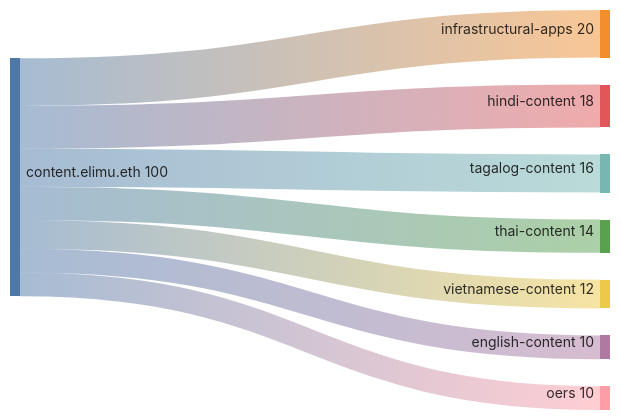
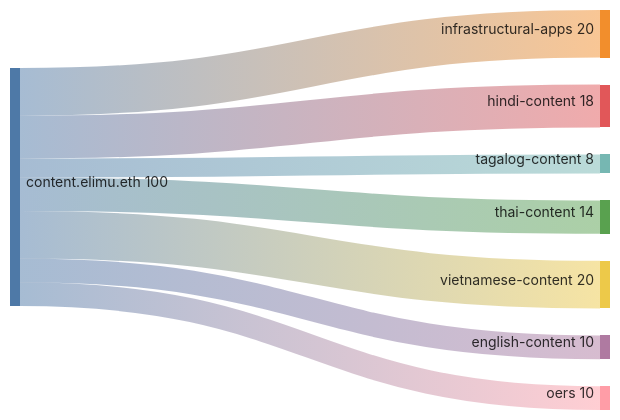
The first of 3 diagrams in DRIP_LIST_FUNDING_SPLITS.md (elimu-ai/web3-wiki), drawn with Mermaid before and after one commit.

Commit message:
Update DRIP_LIST_FUNDING_SPLITS.md
#66

````diff
--- a/DRIP_LIST_FUNDING_SPLITS.md
+++ b/DRIP_LIST_FUNDING_SPLITS.md
@@ -22,12 +22,12 @@
 ```mermaid
 sankey-beta
 
 %% source,target,value
 content.elimu.eth,infrastructural-apps,20
 content.elimu.eth,hindi-content,18
-content.elimu.eth,tagalog-content,16
+content.elimu.eth,tagalog-content,8
 content.elimu.eth,thai-content,14
-content.elimu.eth,vietnamese-content,12
+content.elimu.eth,vietnamese-content,20
 content.elimu.eth,english-content,10
 content.elimu.eth,oers,10
 ```
````
